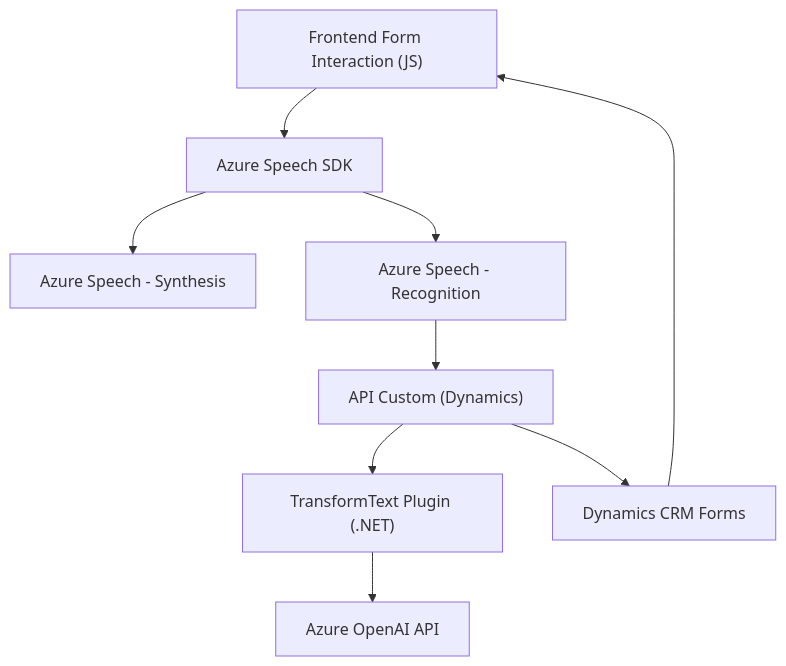
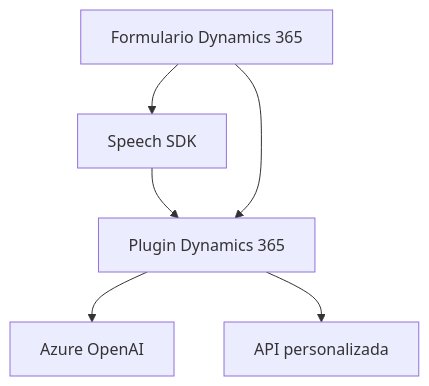
Before and after one commit to blopezdm/NETCORE_BILBAO2025: the diagram in README.md, drawn with Mermaid. The commit also changed other lines of this file, not shown here.

````diff
--- a/README.md
+++ b/README.md
@@ -54,20 +49,14 @@
 ```mermaid
 graph TD
-  A["Frontend Form Interaction (JS)"]
-  B["Azure Speech SDK"]
-  C["Azure Speech - Synthesis"]
-  D["Azure Speech - Recognition"]
-  E["API Custom (Dynamics)"]
-  F["Dynamics CRM Forms"]
-  G["Azure OpenAI API"]
-  H["TransformText Plugin (.NET)"]
-  
-  A --> B
-  B --> C
-  B --> D
-  D --> E
-  E --> H
-  H --> G
-  E --> F
-  F --> A
+    A["Formulario Dynamics 365"]
+    B["Speech SDK"]
+    C["Azure OpenAI"]
+    D["Plugin Dynamics 365"]
+    E["API personalizada"]
+
+    A --> B
+    B --> D
+    A --> D
+    D --> C
+    D --> E
 ```
````
